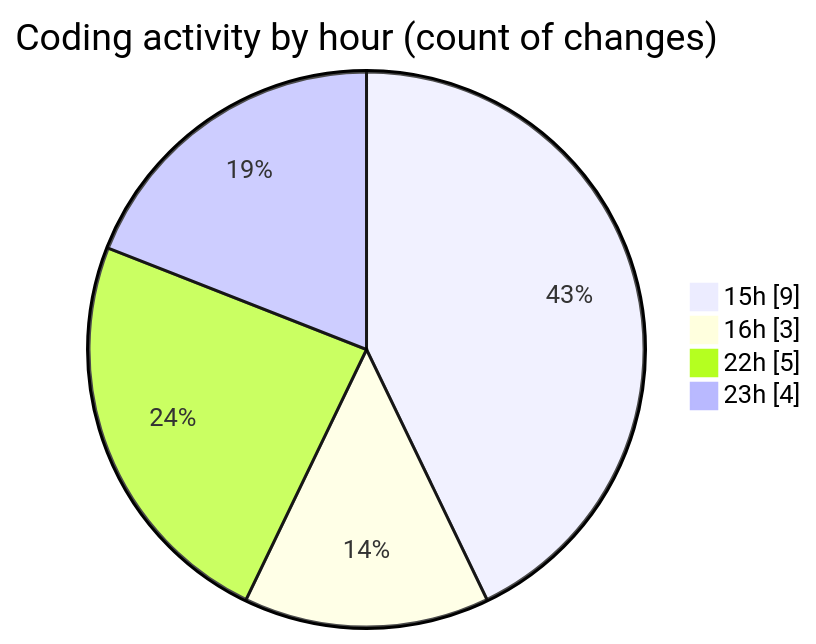
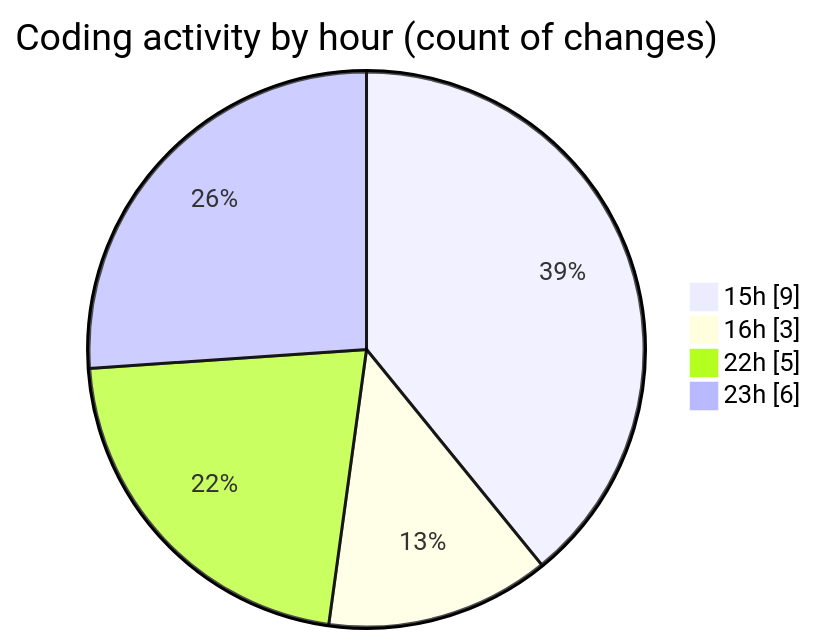
The second of 2 diagrams in 2025-11-20/cdp_aleoudev_fr__workspace_/README.md (julien-gomy/code-tracking), drawn with Mermaid before and after one commit. The commit also changed other lines of this file and 1 other file, not shown here.

````diff
--- a/2025-11-20/cdp_aleoudev_fr__workspace_/README.md
+++ b/2025-11-20/cdp_aleoudev_fr__workspace_/README.md
@@ -35,8 +36,8 @@
 ```mermaid
 pie showData
 title Coding activity by hour (count of changes)
 "15h" : 9
 "16h" : 3
 "22h" : 5
-"23h" : 4
+"23h" : 6
 ```
````
